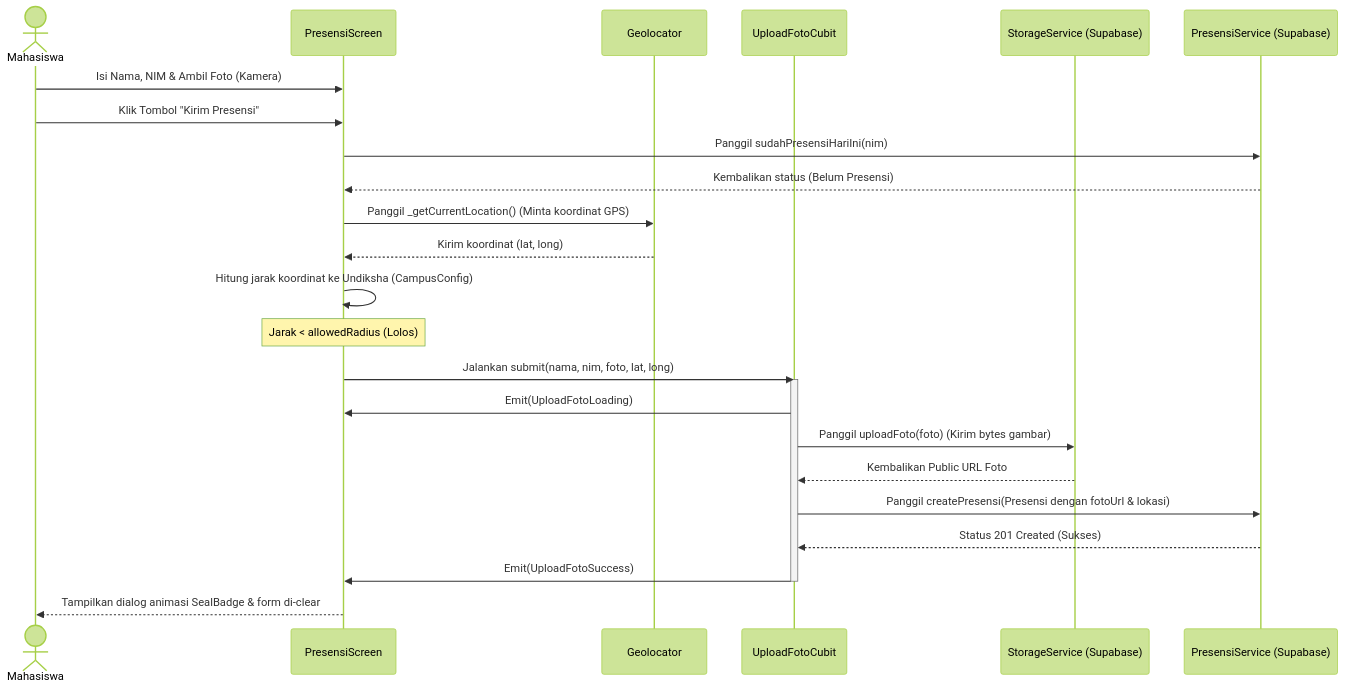
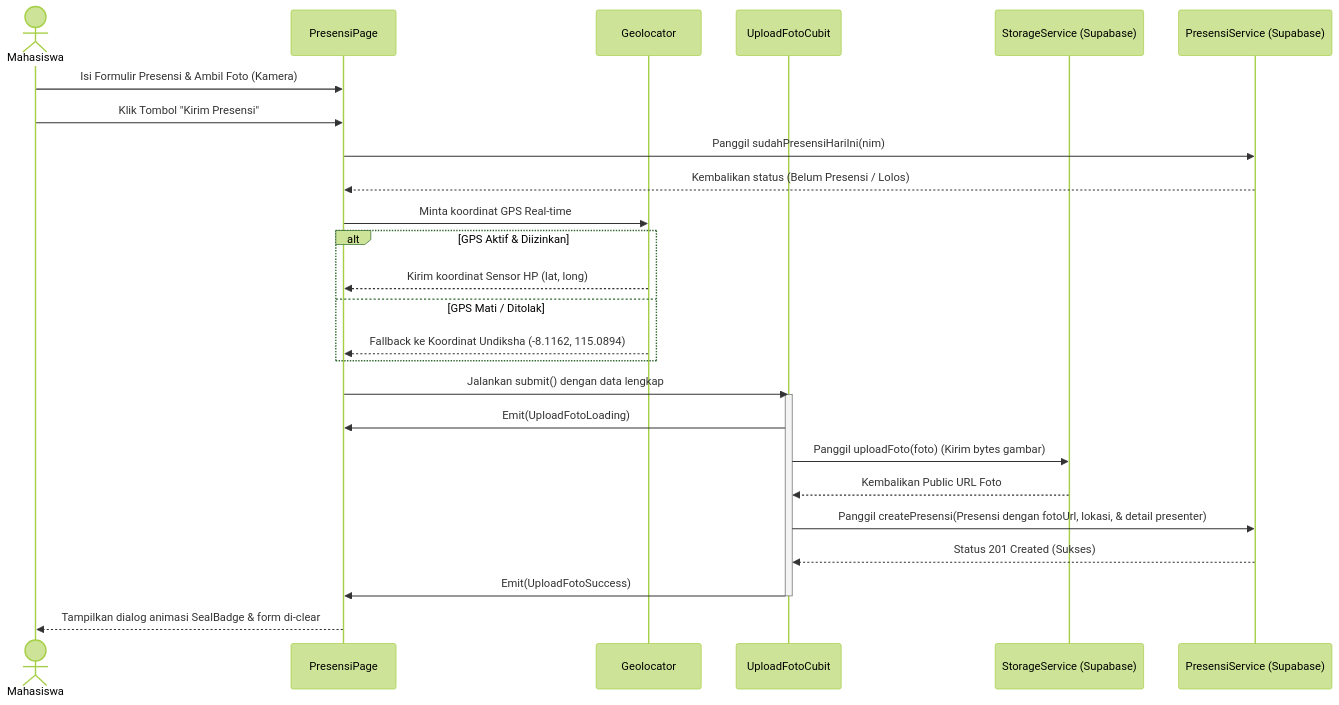
Before and after one commit to dwika26/presensi_app: the diagram in uas_presensi_study_guide.md, drawn with Mermaid (forest theme). The commit also changed other lines of this file, not shown here.

Commit message:
Update uas_presensi_study_guide.md with latest project finalization details

````diff
--- a/uas_presensi_study_guide.md
+++ b/uas_presensi_study_guide.md
@@ -57,28 +64,30 @@
 ```mermaid
 sequenceDiagram
     actor User as Mahasiswa
-    participant UI as PresensiScreen
+    participant UI as PresensiPage
     participant GPS as Geolocator
     participant Cubit as UploadFotoCubit
     participant Storage as StorageService (Supabase)
     participant DB as PresensiService (Supabase)
 
-    User->>UI: Isi Nama, NIM & Ambil Foto (Kamera)
+    User->>UI: Isi Formulir Presensi & Ambil Foto (Kamera)
     User->>UI: Klik Tombol "Kirim Presensi"
     UI->>DB: Panggil sudahPresensiHariIni(nim)
-    DB-->>UI: Kembalikan status (Belum Presensi)
-    UI->>GPS: Panggil _getCurrentLocation() (Minta koordinat GPS)
-    GPS-->>UI: Kirim koordinat (lat, long)
-    UI->>UI: Hitung jarak koordinat ke Undiksha (CampusConfig)
-    Note over UI: Jarak < allowedRadius (Lolos)
-    UI->>Cubit: Jalankan submit(nama, nim, foto, lat, long)
+    DB-->>UI: Kembalikan status (Belum Presensi / Lolos)
+    UI->>GPS: Minta koordinat GPS Real-time
+    alt GPS Aktif & Diizinkan
+        GPS-->>UI: Kirim koordinat Sensor HP (lat, long)
+    else GPS Mati / Ditolak
+        GPS-->>UI: Fallback ke Koordinat Undiksha (-8.1162, 115.0894)
+    end
+    UI->>Cubit: Jalankan submit() dengan data lengkap
     activate Cubit
     Cubit->>UI: Emit(UploadFotoLoading)
     Cubit->>Storage: Panggil uploadFoto(foto) (Kirim bytes gambar)
     Storage-->>Cubit: Kembalikan Public URL Foto
-    Cubit->>DB: Panggil createPresensi(Presensi dengan fotoUrl & lokasi)
+    Cubit->>DB: Panggil createPresensi(Presensi dengan fotoUrl, lokasi, & detail presenter)
     DB-->>Cubit: Status 201 Created (Sukses)
     Cubit->>UI: Emit(UploadFotoSuccess)
     deactivate Cubit
     UI-->>User: Tampilkan dialog animasi SealBadge & form di-clear
 ```
````
